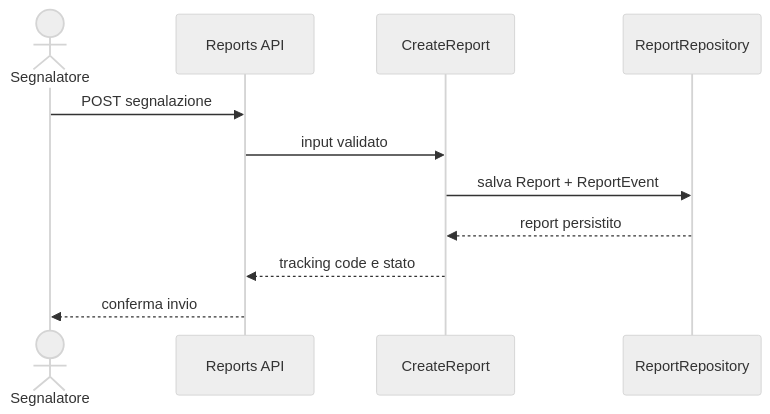
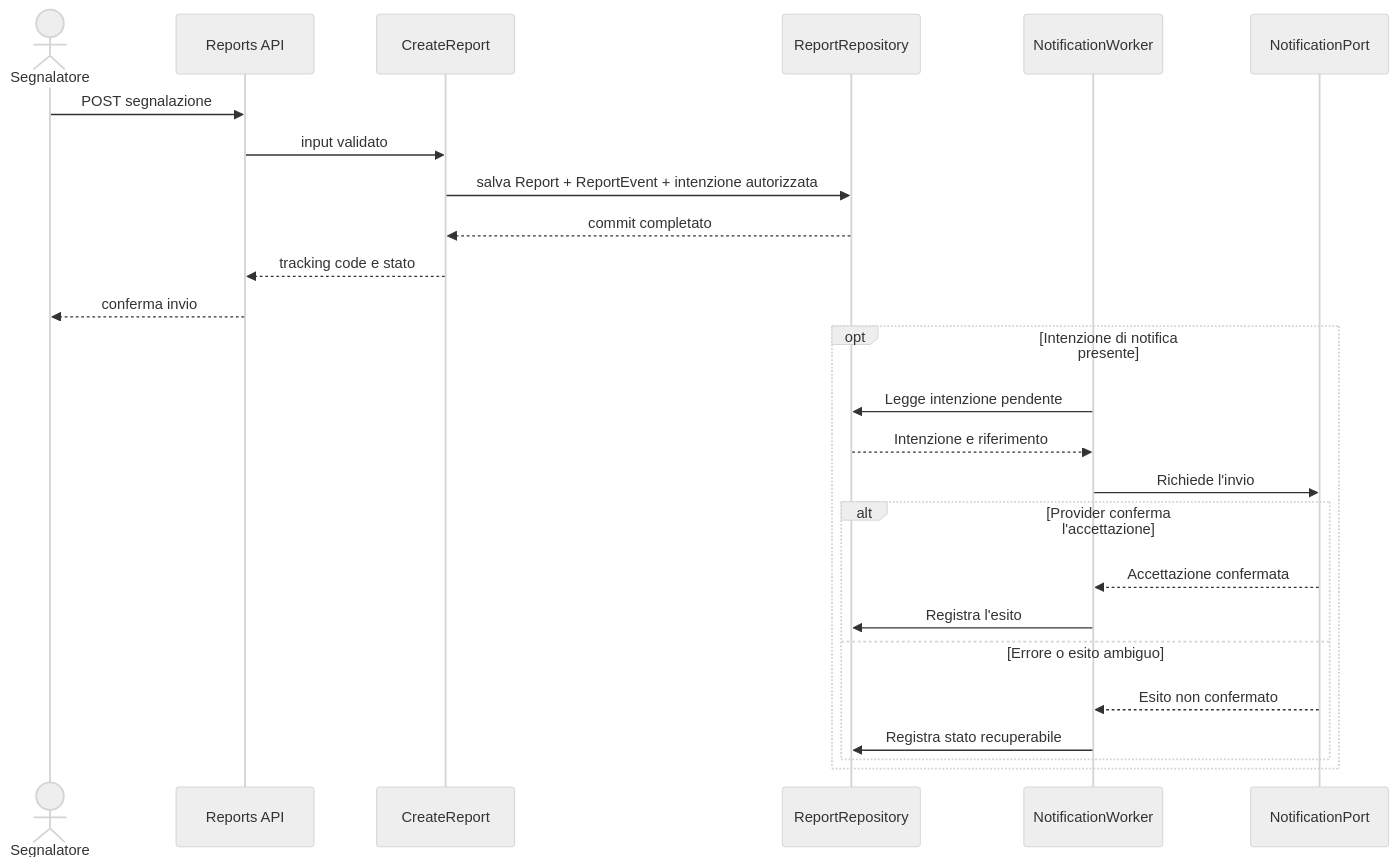
Before and after one commit to andreaplini/aegis: the fifth of 9 diagrams in docs/RAD.md, drawn with Mermaid (neutral theme). The commit also changed other lines of this file and 3 other files, not shown here.

````diff
--- a/docs/RAD.md
+++ b/docs/RAD.md
@@ -474,14 +482,28 @@
 ```mermaid
 sequenceDiagram
-  accDescr: L'API valida i dati e crea segnalazione ed evento in modo atomico.
+  accDescr: L'API salva segnalazione, evento e intenzione di notifica autorizzata in modo atomico. Un worker invia la notifica dopo il commit e registra gli esiti.
   actor S as Segnalatore
   participant API as Reports API
   participant UC as CreateReport
   participant Repo as ReportRepository
+  participant W as NotificationWorker
+  participant N as NotificationPort
   S->>API: POST segnalazione
   API->>UC: input validato
-  UC->>Repo: salva Report + ReportEvent
-  Repo-->>UC: report persistito
+  UC->>Repo: salva Report + ReportEvent + intenzione autorizzata
+  Repo-->>UC: commit completato
   UC-->>API: tracking code e stato
   API-->>S: conferma invio
+  opt Intenzione di notifica presente
+    W->>Repo: Legge intenzione pendente
+    Repo-->>W: Intenzione e riferimento
+    W->>N: Richiede l'invio
+    alt Provider conferma l'accettazione
+      N-->>W: Accettazione confermata
+      W->>Repo: Registra l'esito
+    else Errore o esito ambiguo
+      N-->>W: Esito non confermato
+      W->>Repo: Registra stato recuperabile
+    end
+  end
 ```
````
